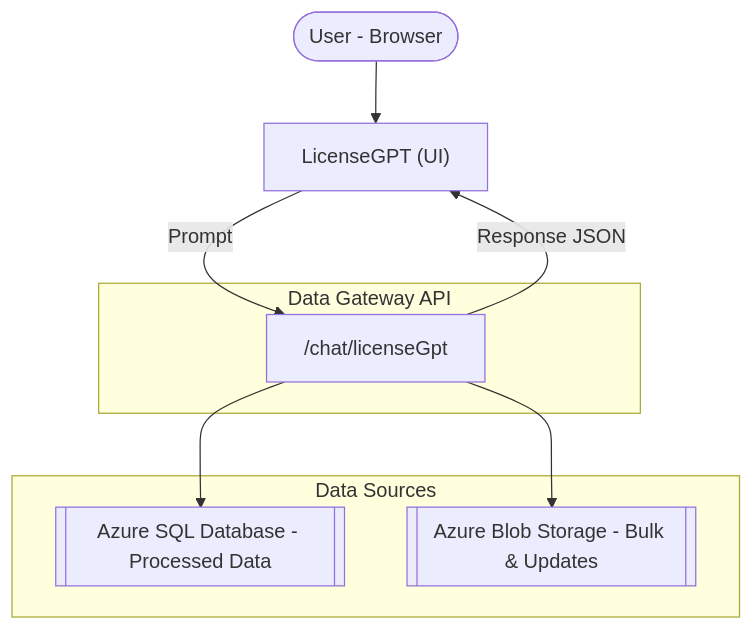
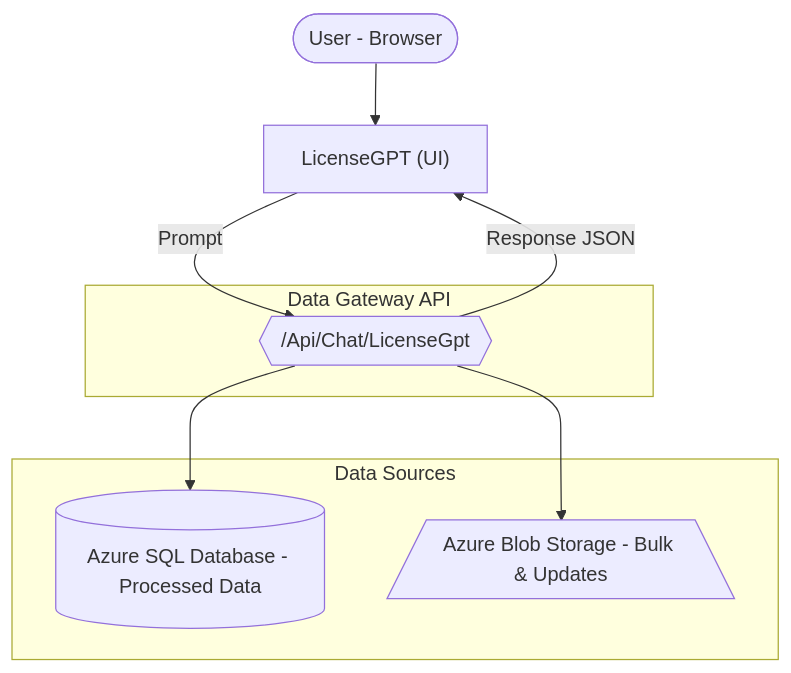
One commit to Software-Hardware-Integration-Lab/Documentation changed the first of 2 diagrams in docs/Data-Gateway/Usage-Guide/index.md. Above: the diagram before and after it, drawn with Mermaid. The commit also changed other lines of this file and 2 other files, not shown here.

First line of the commit message:
Fix Charts + API Routes

````diff
--- a/docs/Data-Gateway/Usage-Guide/index.md
+++ b/docs/Data-Gateway/Usage-Guide/index.md
@@ -32,20 +32,20 @@
 ```mermaid
 flowchart TB
   User([User - Browser])
   UI["LicenseGPT (UI)"]
 
   subgraph DG["Data Gateway API"]
-    ChatEP["/chat/licenseGpt"]
+    ChatEP{{"/Api/Chat/LicenseGpt"}}
   end
 
   subgraph Data["Data Sources"]
-    SQL[["Azure SQL Database - Processed Data"]]
-    Blob[["Azure Blob Storage - Bulk & Updates"]]
+    SQL[("Azure SQL Database - Processed Data")]
+    Blob[/"Azure Blob Storage - Bulk & Updates"\]
   end
 
   User --> UI
   UI -->|Prompt| ChatEP
   ChatEP --> SQL
   ChatEP --> Blob
   ChatEP -->|Response JSON| UI
 ```
````
